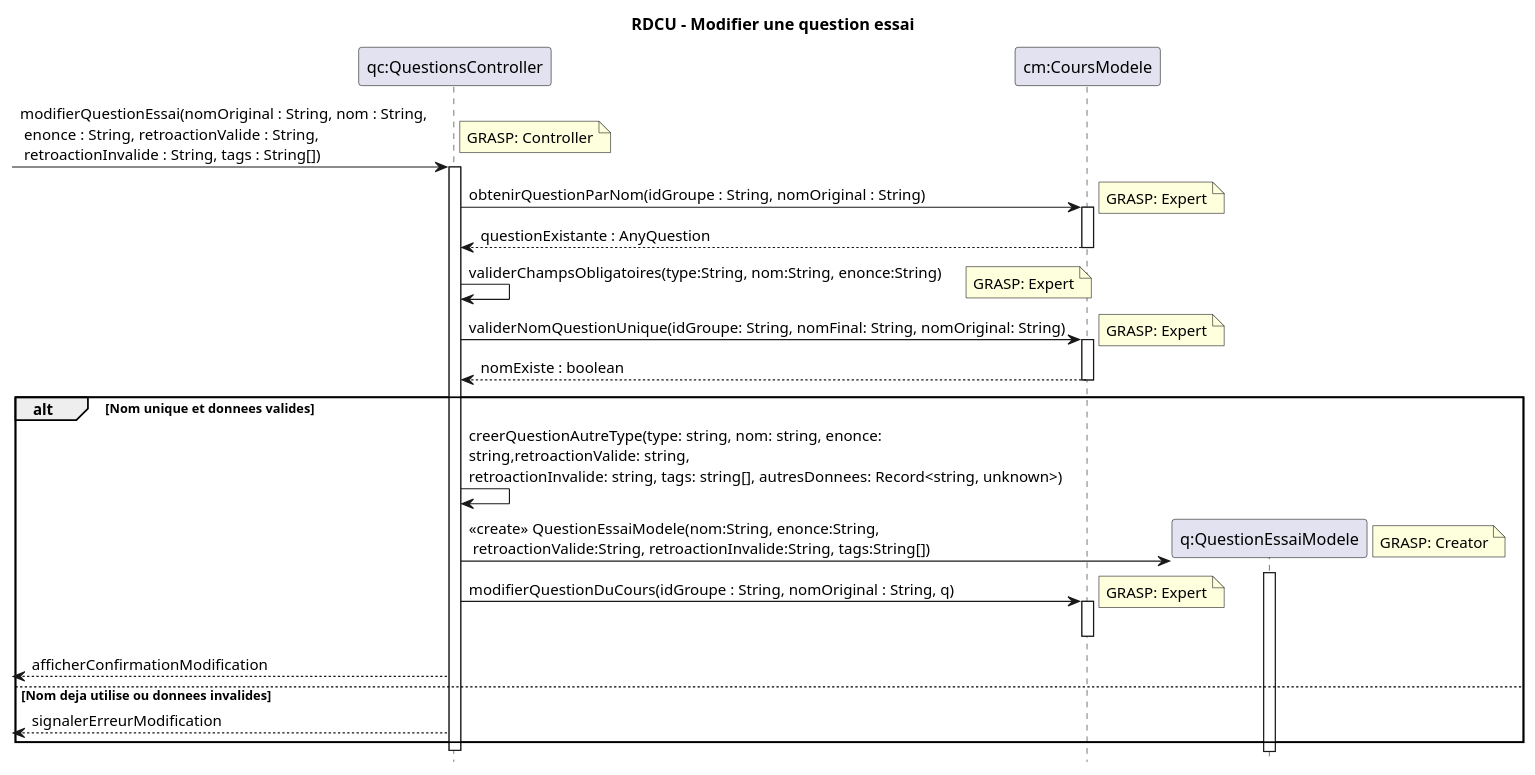
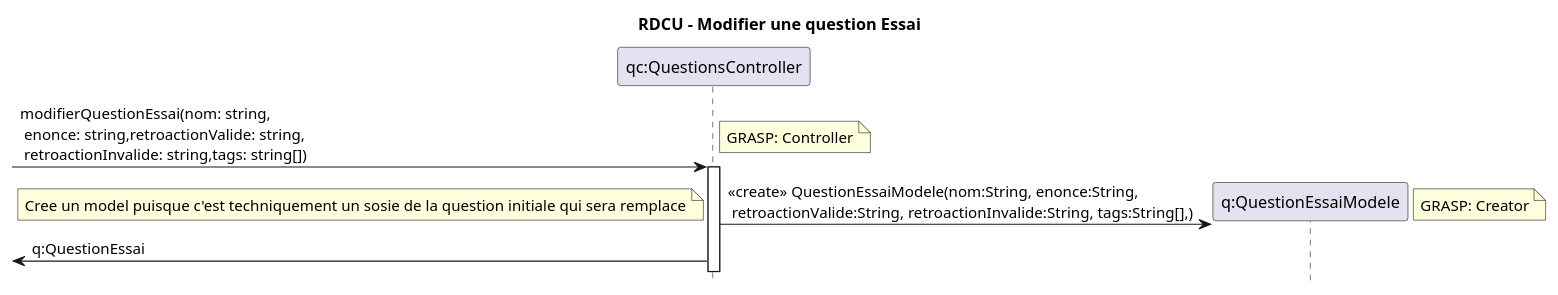
One commit to xMrYahya/moodle-clone changed the diagram in docs/modeles/cu02/rdcu-modifier-question-essai.puml. Above: the diagram before and after it, drawn with PlantUML. The commit also changed 26 other files, not shown here.

Commit message:
Fix des diagrams ajout et modifier

```diff
--- a/docs/modeles/cu02/rdcu-modifier-question-essai.puml
+++ b/docs/modeles/cu02/rdcu-modifier-question-essai.puml
@@ -1,49 +1,18 @@
 @startuml
 hide footbox
-title RDCU - Modifier une question essai
+title RDCU - Modifier une question Essai
 
 participant "qc:QuestionsController" as QC
-participant "cm:CoursModele" as CM
 participant "q:QuestionEssaiModele" as Q
 
--> QC :modifierQuestionEssai(nomOriginal : String, nom : String,\n enonce : String, retroactionValide : String,\n retroactionInvalide : String, tags : String[])
+-> QC ++: modifierQuestionEssai(nom: string, \n enonce: string,retroactionValide: string,\n retroactionInvalide: string,tags: string[])
 note right: GRASP: Controller
-activate QC
-
-QC -> CM : obtenirQuestionParNom(idGroupe : String, nomOriginal : String)
-note right: GRASP: Expert
-activate CM
-CM --> QC : questionExistante : AnyQuestion
-deactivate CM
-
-QC -> QC : validerChampsObligatoires(type:String, nom:String, enonce:String)
-note right: GRASP: Expert
-
-QC -> CM : validerNomQuestionUnique(idGroupe: String, nomFinal: String, nomOriginal: String)
-note right: GRASP: Expert
-activate CM
-CM --> QC : nomExiste : boolean
-deactivate CM
-
-alt Nom unique et donnees valides
-  
-  QC -> QC : creerQuestionAutreType(type: string, nom: string, enonce: \nstring,retroactionValide: string, \nretroactionInvalide: string, tags: string[], autresDonnees: Record<string, unknown>)
 
   create Q
-  QC -> Q : <<create>> QuestionEssaiModele(nom:String, enonce:String,\n retroactionValide:String, retroactionInvalide:String, tags:String[])
+
+  QC -> Q : <<create>> QuestionEssaiModele(nom:String, enonce:String,\n retroactionValide:String, retroactionInvalide:String, tags:String[],)
+  note left: Cree un model puisque c'est techniquement un sosie de la question initiale qui sera remplace
   note right: GRASP: Creator
-  activate Q
-  deactivate Q
 
-  QC -> CM : modifierQuestionDuCours(idGroupe : String, nomOriginal : String, q)
-  note right: GRASP: Expert
-  activate CM
-  deactivate CM
-
-  <-- QC : afficherConfirmationModification
-else Nom deja utilise ou donnees invalides
-  <-- QC : signalerErreurModification
-end
-
-deactivate QC
+<- QC : q:QuestionEssai 
 @enduml
```
